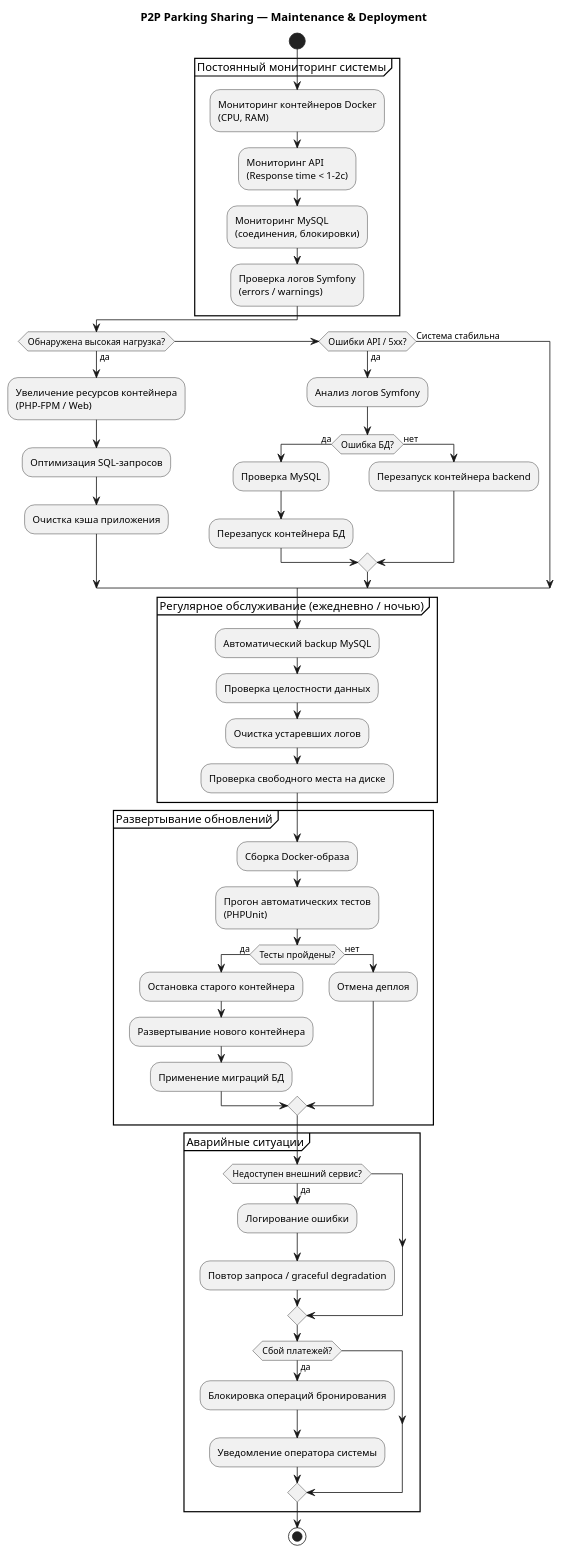
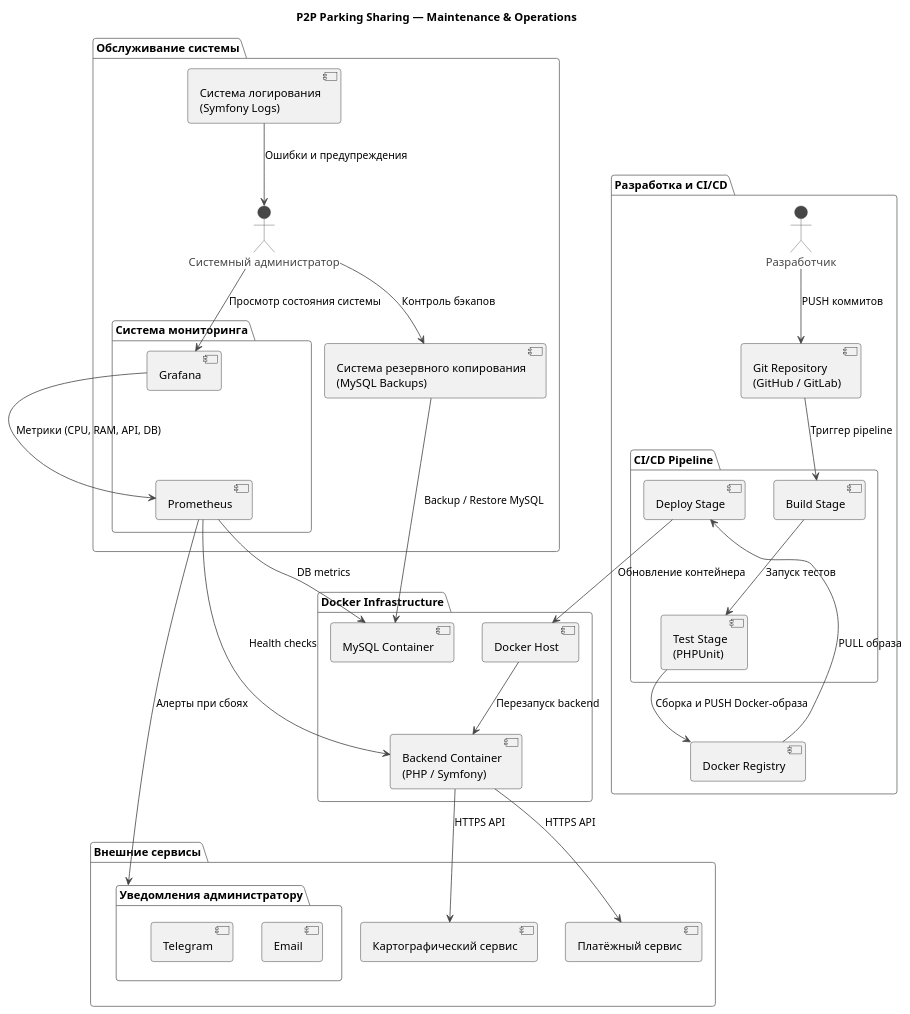
The diagram in Infrastructure-Deployment/Maintenance.puml (Moorrownd/project-doc), drawn with PlantUML before and after one commit.

Commit message:
Update Maintenance.puml
переделал

```diff
--- a/Infrastructure-Deployment/Maintenance.puml
+++ b/Infrastructure-Deployment/Maintenance.puml
@@ -1,72 +1,79 @@
-@startuml P2P_Parking_Sharing.Maintenance.Deployment
-title P2P Parking Sharing — Maintenance & Deployment
+@startuml P2P_Parking_Sharing.Maintenance
+!theme vibrant
 
-start
+title "P2P Parking Sharing — Maintenance & Operations"
 
-partition "Постоянный мониторинг системы" {
 
-  :Мониторинг контейнеров Docker\n(CPU, RAM);
-  :Мониторинг API\n(Response time < 1–2с);
-  :Мониторинг MySQL\n(соединения, блокировки);
-  :Проверка логов Symfony\n(errors / warnings);
-
+package "Docker Infrastructure" as docker_infra {
+  [Docker Host] as docker
+  [Backend Container\n(PHP / Symfony)] as backend_container
+  [MySQL Container] as db_container
 }
 
-if (Обнаружена высокая нагрузка?) then (да)
 
-  :Увеличение ресурсов контейнера\n(PHP-FPM / Web);
-  :Оптимизация SQL-запросов;
-  :Очистка кэша приложения;
+package "Обслуживание системы" as maintenance {
 
-elseif (Ошибки API / 5xx?) then (да)
+    actor "Системный администратор" as sys_admin
 
-  :Анализ логов Symfony;
-  if (Ошибка БД?) then (да)
-    :Проверка MySQL;
-    :Перезапуск контейнера БД;
-  else (нет)
-    :Перезапуск контейнера backend;
-  endif
+    package "Система мониторинга" as monitoring {
+        [Prometheus] as prometheus
+        [Grafana] as grafana
+    }
 
-else (Система стабильна)
-endif
-
-partition "Регулярное обслуживание (ежедневно / ночью)" {
-
-  :Автоматический backup MySQL;
-  :Проверка целостности данных;
-  :Очистка устаревших логов;
-  :Проверка свободного места на диске;
-
+    [Система логирования\n(Symfony Logs)] as logging
+    [Система резервного копирования\n(MySQL Backups)] as backup
 }
 
-partition "Развертывание обновлений" {
 
-  :Сборка Docker-образа;
-  :Прогон автоматических тестов\n(PHPUnit);
-  if (Тесты пройдены?) then (да)
-    :Остановка старого контейнера;
-    :Развертывание нового контейнера;
-    :Применение миграций БД;
-  else (нет)
-    :Отмена деплоя;
-  endif
+package "Внешние сервисы" as external {
 
+    package "Уведомления администратору" as alerts {
+        [Email] as email
+        [Telegram] as telegram
+    }
+
+    [Платёжный сервис] as payment_gateway
+    [Картографический сервис] as map_service
 }
 
-partition "Аварийные ситуации" {
+package "Разработка и CI/CD" as dev {
 
-  if (Недоступен внешний сервис?) then (да)
-    :Логирование ошибки;
-    :Повтор запроса / graceful degradation;
-  endif
+    actor "Разработчик" as developer
+    [Git Repository\n(GitHub / GitLab)] as git
 
-  if (Сбой платежей?) then (да)
-    :Блокировка операций бронирования;
-    :Уведомление оператора системы;
-  endif
+    package "CI/CD Pipeline" as cicd {
+        [Build Stage] as build
+        [Test Stage\n(PHPUnit)] as test
+        [Deploy Stage] as deploy
+    }
 
+    [Docker Registry] as registry
 }
 
-stop
+
+sys_admin --> grafana : Просмотр состояния системы
+grafana --> prometheus : Метрики (CPU, RAM, API, DB)
+prometheus --> alerts : Алерты при сбоях
+
+prometheus --> backend_container : Health checks
+prometheus --> db_container : DB metrics
+logging --> sys_admin : Ошибки и предупреждения
+
+
+backup --> db_container : Backup / Restore MySQL
+sys_admin --> backup : Контроль бэкапов
+
+
+developer --> git : PUSH коммитов
+git --> build : Триггер pipeline
+build --> test : Запуск тестов
+test --> registry : Сборка и PUSH Docker-образа
+registry --> deploy : PULL образа
+deploy --> docker : Обновление контейнера
+docker --> backend_container : Перезапуск backend
+
+
+backend_container --> payment_gateway : HTTPS API
+backend_container --> map_service : HTTPS API
+
 @enduml
```
